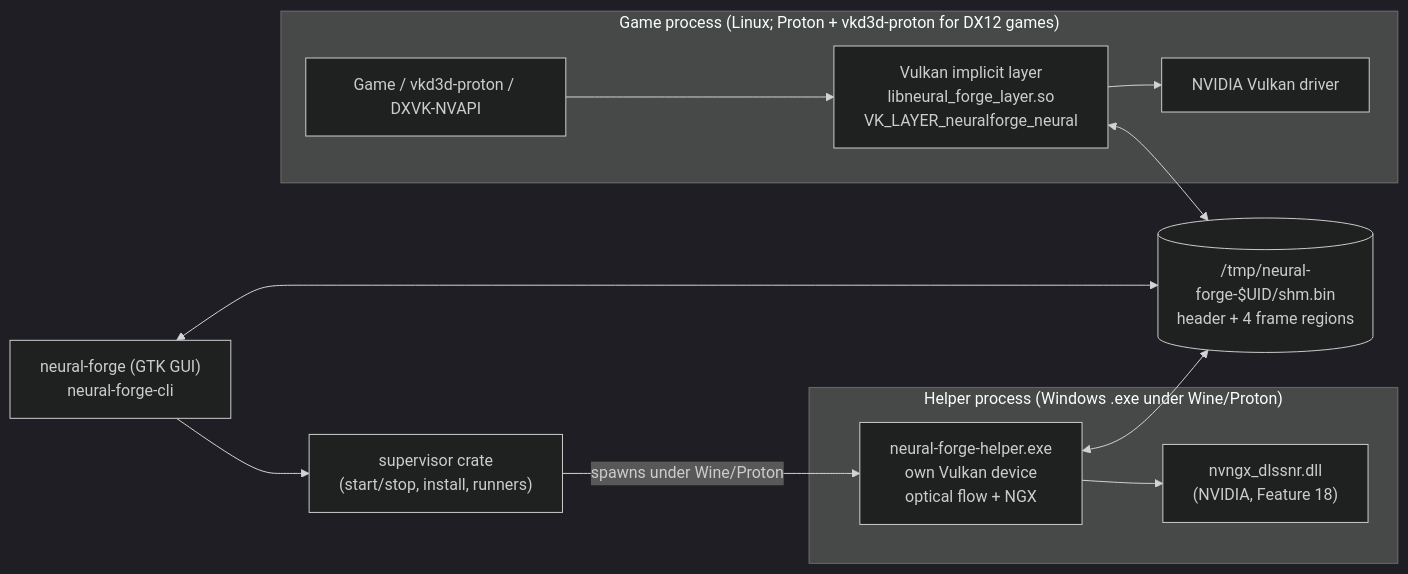
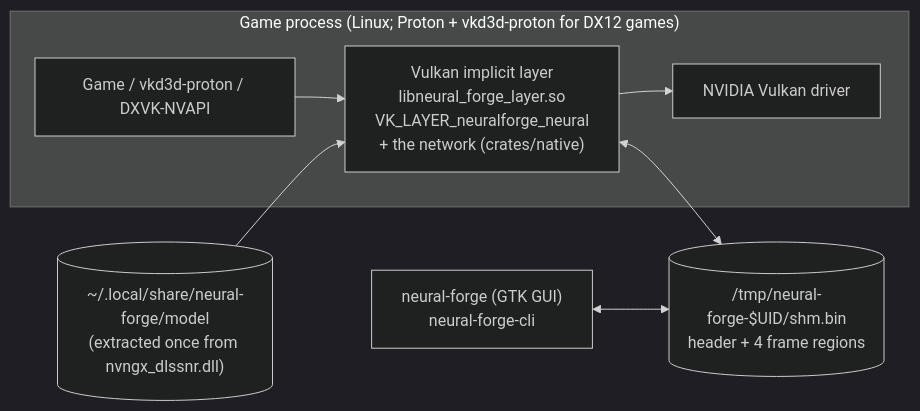
The first of 3 diagrams in docs/ARCHITECTURE.md (labj1987/neural-forge), drawn with Mermaid (dark theme) before and after one commit. The commit also changed other lines of this file and 100 other files, not shown here.

First line of the commit message:
3.0.0: the model runs in the layer; the Windows helper is removed

````diff
--- a/docs/ARCHITECTURE.md
+++ b/docs/ARCHITECTURE.md
@@ -13,20 +16,14 @@
 ```mermaid
 flowchart LR
     subgraph game["Game process (Linux; Proton + vkd3d-proton for DX12 games)"]
         app["Game / vkd3d-proton / DXVK-NVAPI"]
-        layer["Vulkan implicit layer<br/>libneural_forge_layer.so<br/>VK_LAYER_neuralforge_neural"]
+        layer["Vulkan implicit layer<br/>libneural_forge_layer.so<br/>VK_LAYER_neuralforge_neural<br/>+ the network (crates/native)"]
         app --> layer --> driver["NVIDIA Vulkan driver"]
     end
-    subgraph helperproc["Helper process (Windows .exe under Wine/Proton)"]
-        helper["neural-forge-helper.exe<br/>own Vulkan device<br/>optical flow + NGX"]
-        ngx["nvngx_dlssnr.dll<br/>(NVIDIA, Feature 18)"]
-        helper --> ngx
-    end
+    model[("~/.local/share/neural-forge/model<br/>(extracted once from nvngx_dlssnr.dll)")]
     shm[("/tmp/neural-forge-$UID/shm.bin<br/>header + 4 frame regions")]
     gui["neural-forge (GTK GUI)<br/>neural-forge-cli"]
-    sup["supervisor crate<br/>(start/stop, install, runners)"]
+    model --> layer
     layer <--> shm
-    helper <--> shm
     gui <--> shm
-    gui --> sup -->|"spawns under Wine/Proton"| helper
 ```
````
